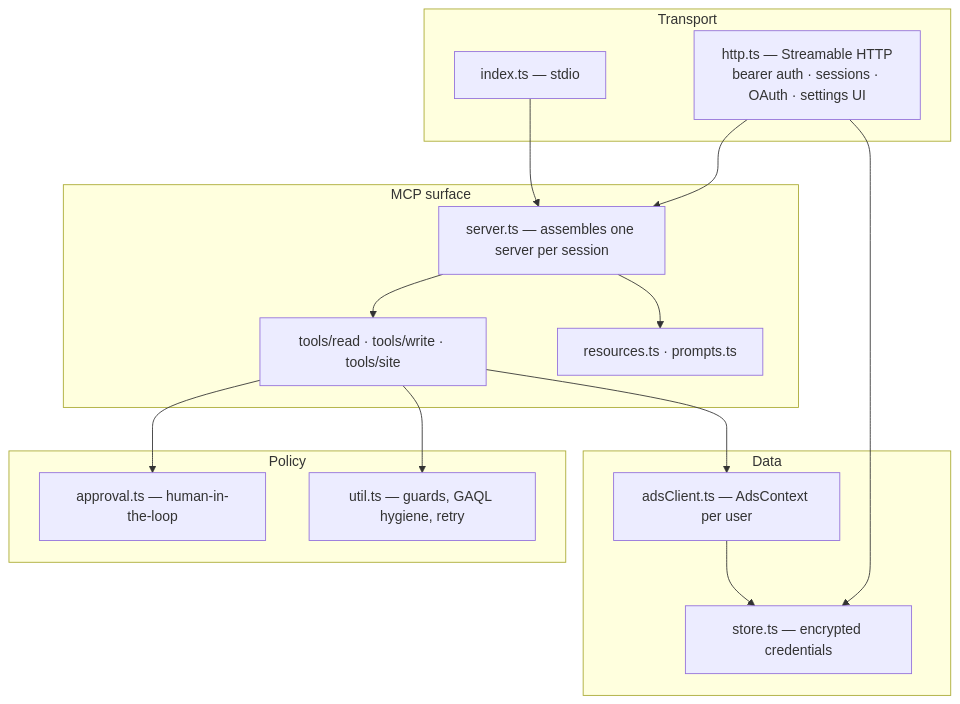
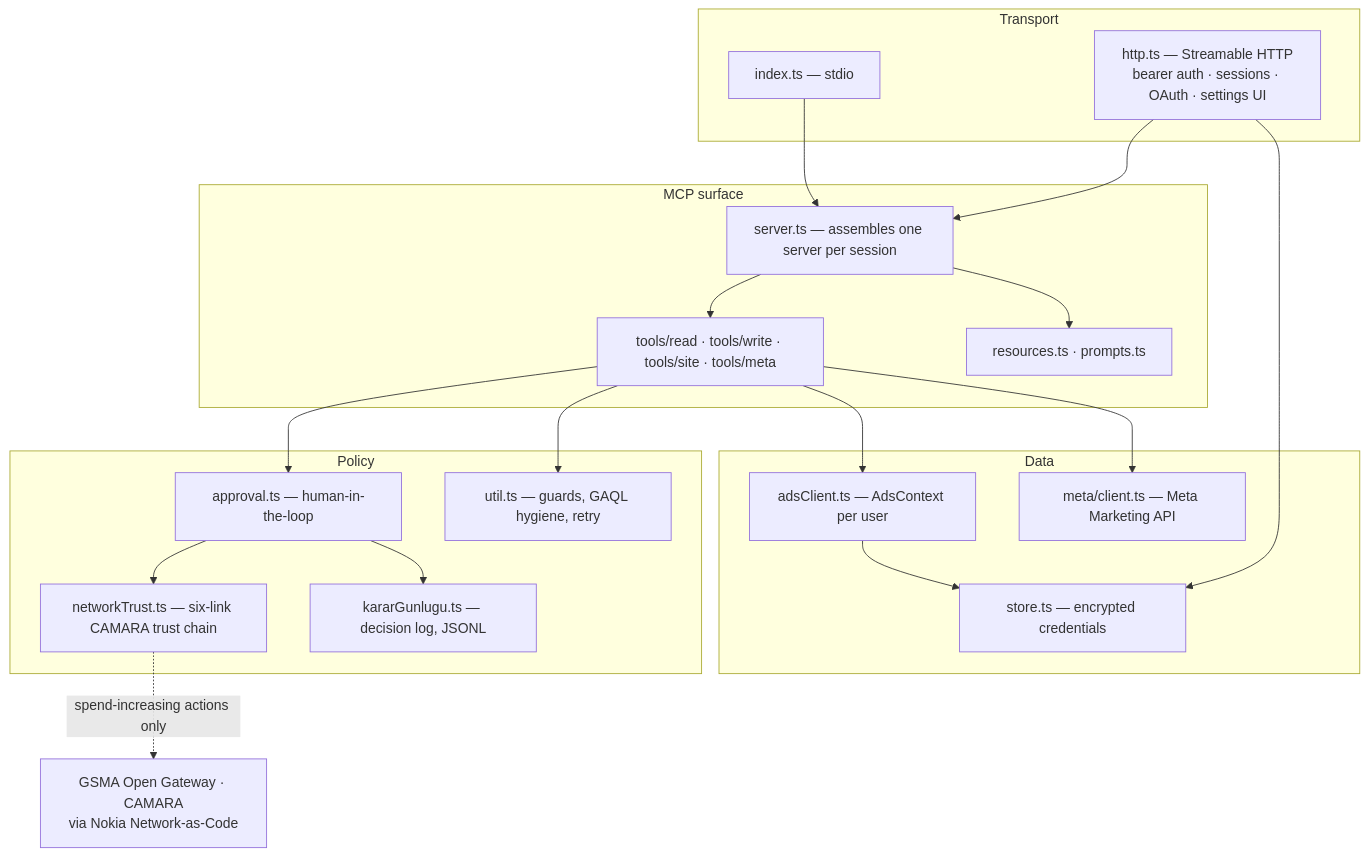
One commit to Xaena53/aegis changed the first of 3 diagrams in ARCHITECTURE.md. Above: the diagram before and after it, drawn with Mermaid. The commit also changed other lines of this file and 16 other files, not shown here.

````diff
--- a/ARCHITECTURE.md
+++ b/ARCHITECTURE.md
@@ -31,30 +31,38 @@
 ```mermaid
 flowchart TB
     subgraph transport["Transport"]
         A["index.ts — stdio"]
         B["http.ts — Streamable HTTP<br/>bearer auth · sessions · OAuth · settings UI"]
     end
     subgraph surface["MCP surface"]
         C["server.ts — assembles one server per session"]
-        D["tools/read · tools/write · tools/site"]
+        D["tools/read · tools/write · tools/site · tools/meta"]
         E["resources.ts · prompts.ts"]
     end
     subgraph policy["Policy"]
         F["approval.ts — human-in-the-loop"]
+        N["networkTrust.ts — six-link CAMARA trust chain"]
+        J["kararGunlugu.ts — decision log, JSONL"]
         G["util.ts — guards, GAQL hygiene, retry"]
     end
     subgraph data["Data"]
         H["adsClient.ts — AdsContext per user"]
+        M["meta/client.ts — Meta Marketing API"]
         I["store.ts — encrypted credentials"]
     end
+    K["GSMA Open Gateway · CAMARA<br/>via Nokia Network-as-Code"]
 
     A --> C
     B --> C
     C --> D
     C --> E
     D --> F
     D --> G
     D --> H
+    D --> M
+    F --> N
+    F --> J
+    N -.spend-increasing actions only.-> K
     B --> I
     H --> I
 ```
````
